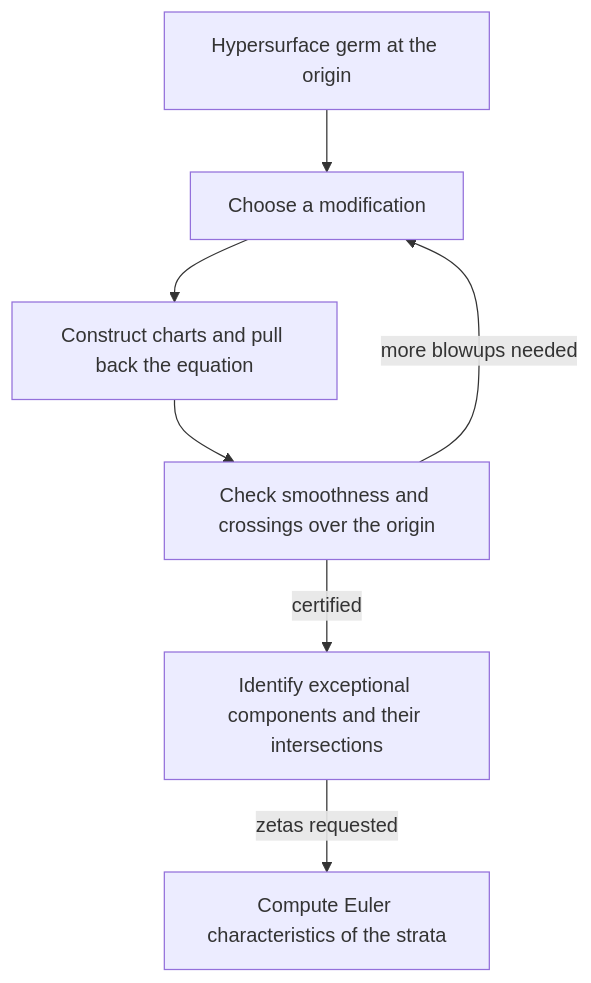
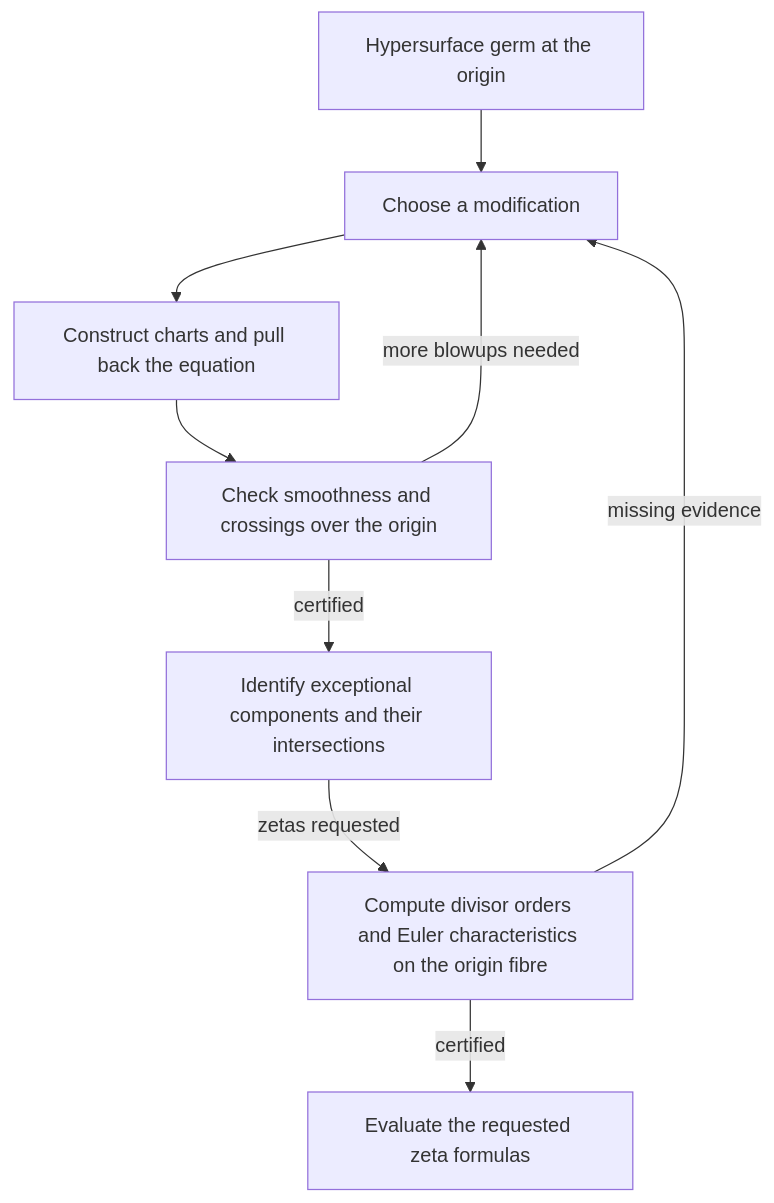
Before and after one commit to pportilla/atlas: the diagram in docs/resolution-pipeline.md, drawn with Mermaid. The commit also changed other lines of this file and 200 other files, not shown here.

Commit message:
Certify resolution charts and extend native algebra and monodromy computations

````diff
--- a/docs/resolution-pipeline.md
+++ b/docs/resolution-pipeline.md
@@ -10,9 +10,11 @@
 ```mermaid
 flowchart TD
     F["Hypersurface germ at the origin"] --> M["Choose a modification"]
     M --> C["Construct charts and pull back the equation"]
     C --> V["Check smoothness and crossings over the origin"]
     V -->|more blowups needed| M
     V -->|certified| D["Identify exceptional components and their intersections"]
-    D -->|zetas requested| Z["Compute Euler characteristics of the strata"]
+    D -->|zetas requested| Z["Compute divisor orders and Euler characteristics on the origin fibre"]
+    Z -->|missing evidence| M
+    Z -->|certified| R["Evaluate the requested zeta formulas"]
 ```
````
